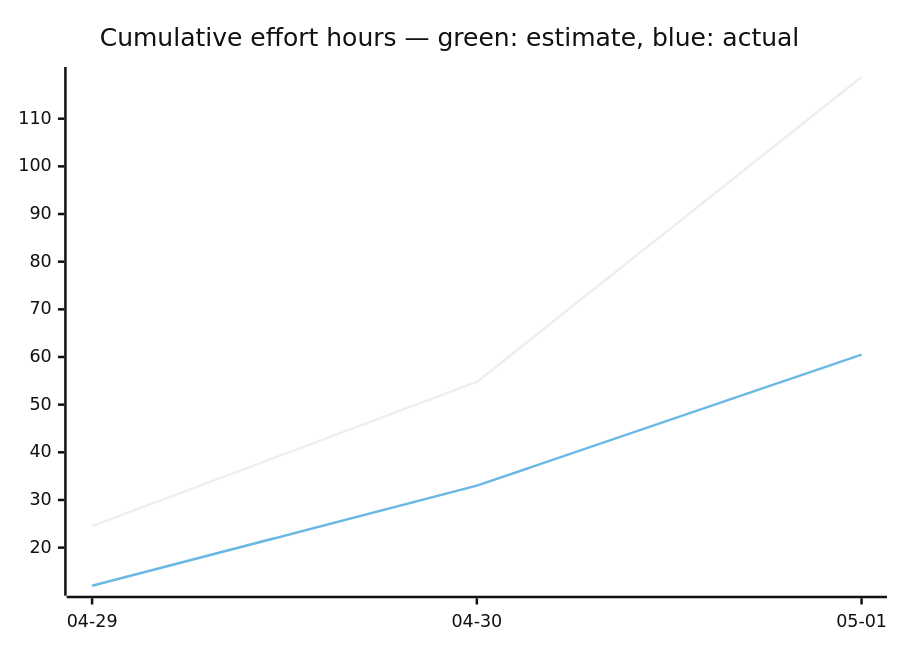
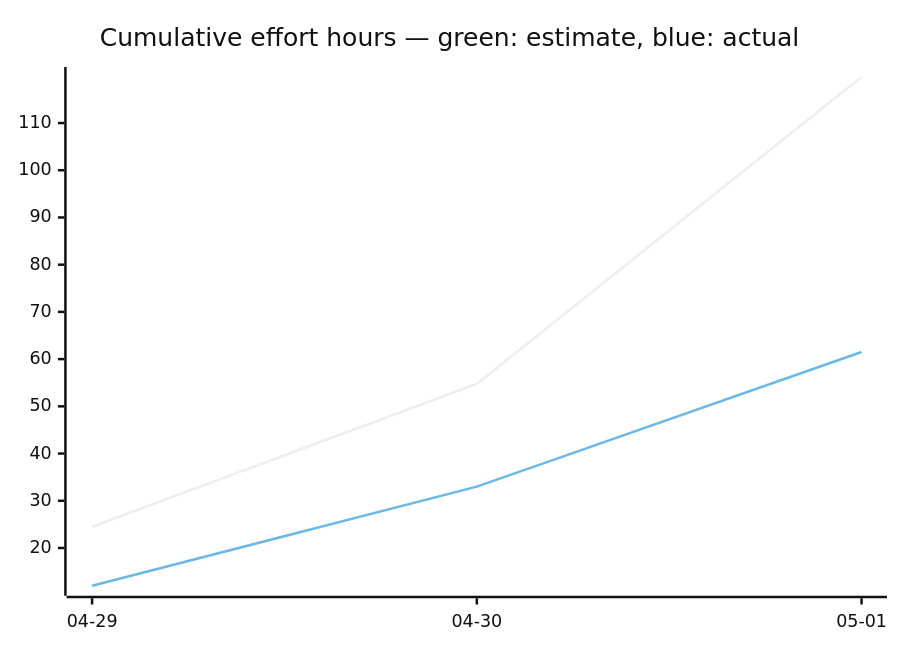
The third of 3 diagrams in docs/developers/tasks/OVERVIEW.md (tgd1975/AwesomeStudioPedal), drawn with Mermaid (neutral theme) before and after one commit. The commit also changed other lines of this file and 6 other files, not shown here.

````diff
--- a/docs/developers/tasks/OVERVIEW.md
+++ b/docs/developers/tasks/OVERVIEW.md
@@ -40,7 +40,7 @@
 ```mermaid
 xychart-beta
     title "Cumulative effort hours — green: estimate, blue: actual"
     x-axis ["04-29", "04-30", "05-01"]
-    line [24.5, 54.75, 118.75]
-    line [12, 33, 60.5]
+    line [24.5, 54.75, 119.75]
+    line [12, 33, 61.5]
 ```
````
